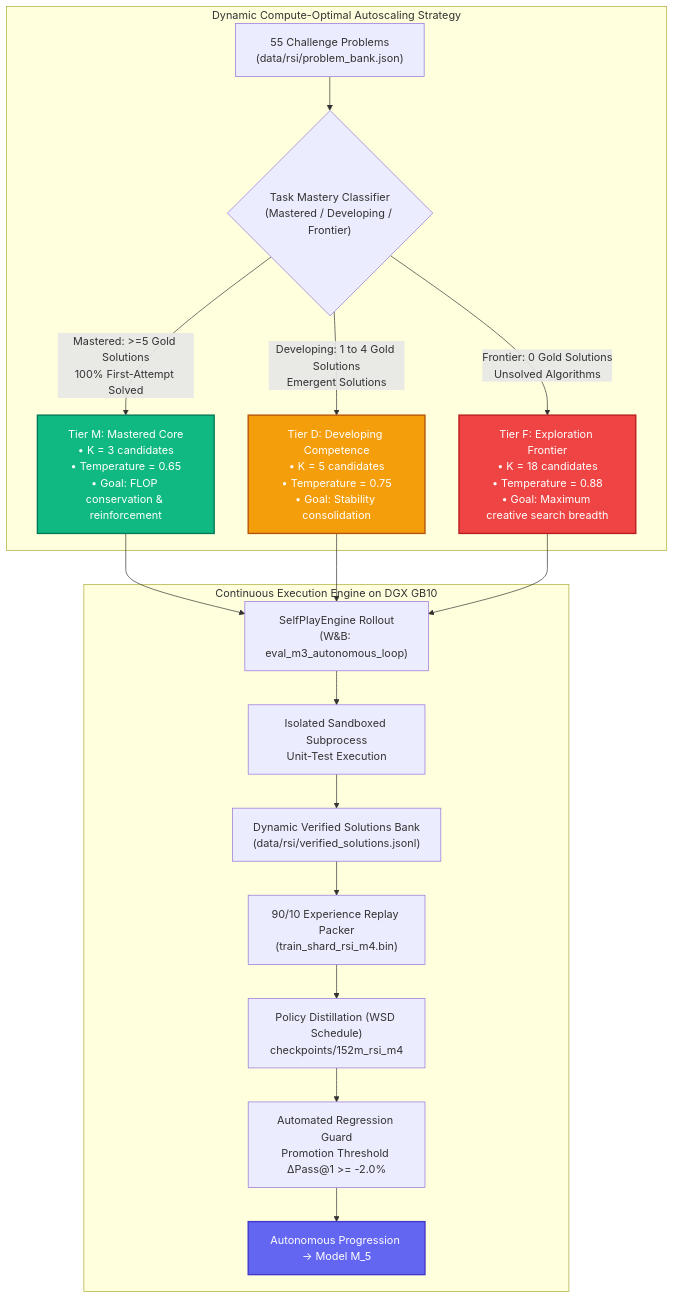
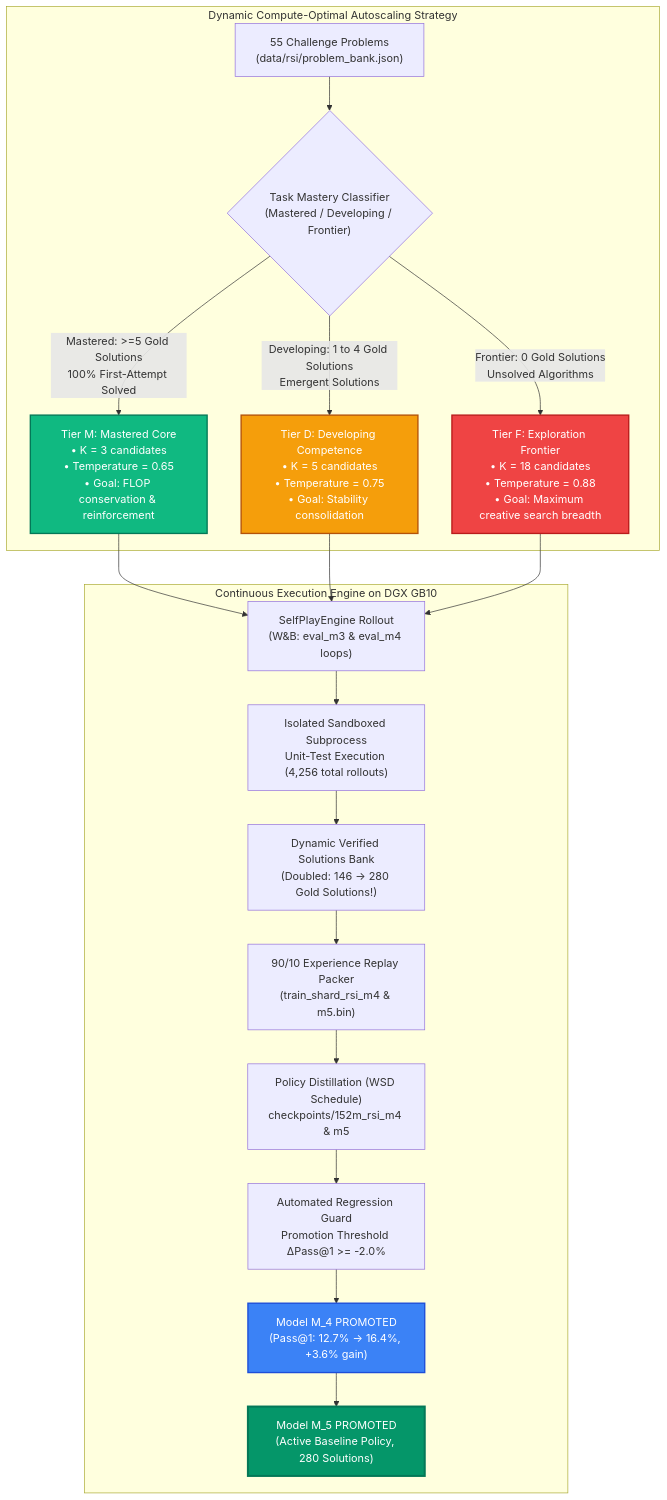
One commit to RamakantShankar/rsi-pretrain changed the second of 2 diagrams in RESEARCH_COMPENDIUM.md. Above: the diagram before and after it, drawn with Mermaid. The commit also changed other lines of this file and 1 other file, not shown here.

Commit message:
docs(rsi): synchronize Generation 4 and 5 multi-cycle research compendium and experiment log

````diff
--- a/RESEARCH_COMPENDIUM.md
+++ b/RESEARCH_COMPENDIUM.md
@@ -1161,25 +1162,27 @@
 ```mermaid
 flowchart TD
     subgraph ComputeOptimalAllocation["Dynamic Compute-Optimal Autoscaling Strategy"]
         TaskPool["55 Challenge Problems<br/>(data/rsi/problem_bank.json)"] --> Classifier{"Task Mastery Classifier<br/>(Mastered / Developing / Frontier)"}
         
         Classifier -->|Mastered: >=5 Gold Solutions<br/>100% First-Attempt Solved| TierM["Tier M: Mastered Core<br/>• K = 3 candidates<br/>• Temperature = 0.65<br/>• Goal: FLOP conservation & reinforcement"]
         Classifier -->|Developing: 1 to 4 Gold Solutions<br/>Emergent Solutions| TierD["Tier D: Developing Competence<br/>• K = 5 candidates<br/>• Temperature = 0.75<br/>• Goal: Stability consolidation"]
         Classifier -->|Frontier: 0 Gold Solutions<br/>Unsolved Algorithms| TierF["Tier F: Exploration Frontier<br/>• K = 18 candidates<br/>• Temperature = 0.88<br/>• Goal: Maximum creative search breadth"]
     end
 
     subgraph HardwareExecution["Continuous Execution Engine on DGX GB10"]
-        TierM & TierD & TierF --> Engine["SelfPlayEngine Rollout<br/>(W&B: eval_m3_autonomous_loop)"]
-        Engine --> Verifier["Isolated Sandboxed Subprocess<br/>Unit-Test Execution"]
-        Verifier --> Buffer["Dynamic Verified Solutions Bank<br/>(data/rsi/verified_solutions.jsonl)"]
-        Buffer --> Replay["90/10 Experience Replay Packer<br/>(train_shard_rsi_m4.bin)"]
-        Replay --> Trainer["Policy Distillation (WSD Schedule)<br/>checkpoints/152m_rsi_m4"]
+        TierM & TierD & TierF --> Engine["SelfPlayEngine Rollout<br/>(W&B: eval_m3 & eval_m4 loops)"]
+        Engine --> Verifier["Isolated Sandboxed Subprocess<br/>Unit-Test Execution (4,256 total rollouts)"]
+        Verifier --> Buffer["Dynamic Verified Solutions Bank<br/>(Doubled: 146 -> 280 Gold Solutions!)"]
+        Buffer --> Replay["90/10 Experience Replay Packer<br/>(train_shard_rsi_m4 & m5.bin)"]
+        Replay --> Trainer["Policy Distillation (WSD Schedule)<br/>checkpoints/152m_rsi_m4 & m5"]
         Trainer --> Guard["Automated Regression Guard<br/>Promotion Threshold ΔPass@1 >= -2.0%"]
-        Guard --> Loop["Autonomous Progression -> Model M_5"]
+        Guard --> PromM4["Model M_4 PROMOTED<br/>(Pass@1: 12.7% -> 16.4%, +3.6% gain)"]
+        PromM4 --> PromM5["Model M_5 PROMOTED<br/>(Active Baseline Policy, 280 Solutions)"]
     end
 
     style TierM fill:#10b981,stroke:#047857,color:#ffffff,stroke-width:2px
     style TierD fill:#f59e0b,stroke:#b45309,color:#ffffff,stroke-width:2px
     style TierF fill:#ef4444,stroke:#b91c1c,color:#ffffff,stroke-width:2px
-    style Loop fill:#6366f1,stroke:#4338ca,color:#ffffff,stroke-width:2px
+    style PromM4 fill:#3b82f6,stroke:#1d4ed8,color:#ffffff,stroke-width:2px
+    style PromM5 fill:#059669,stroke:#047857,color:#ffffff,stroke-width:3px
 ```
````
